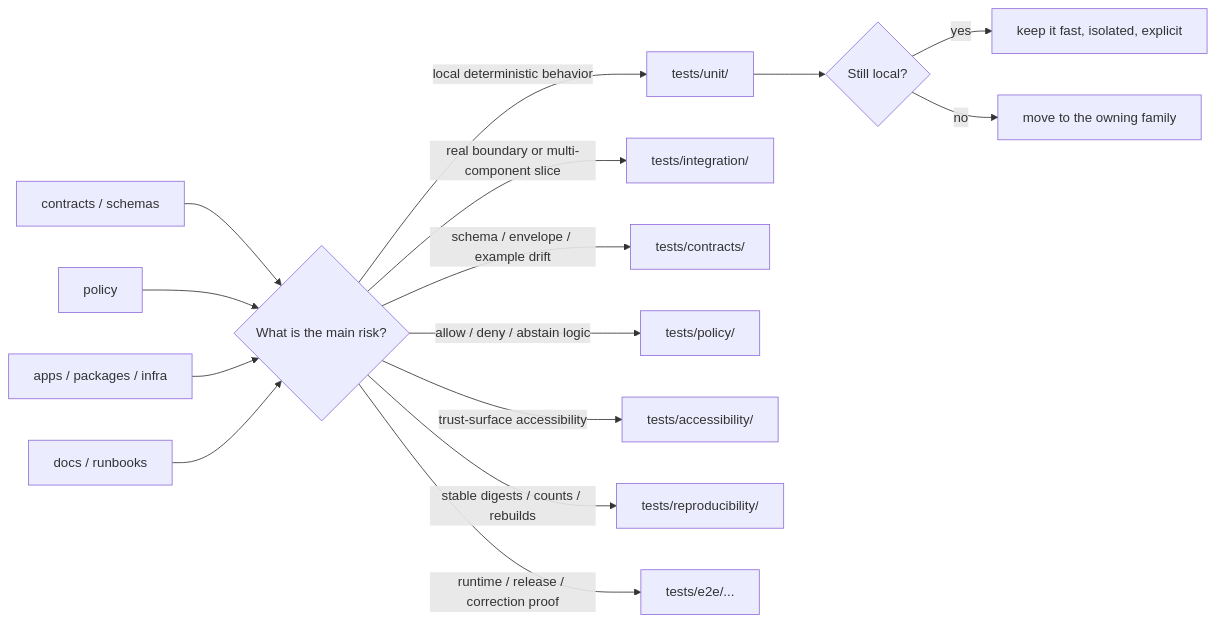
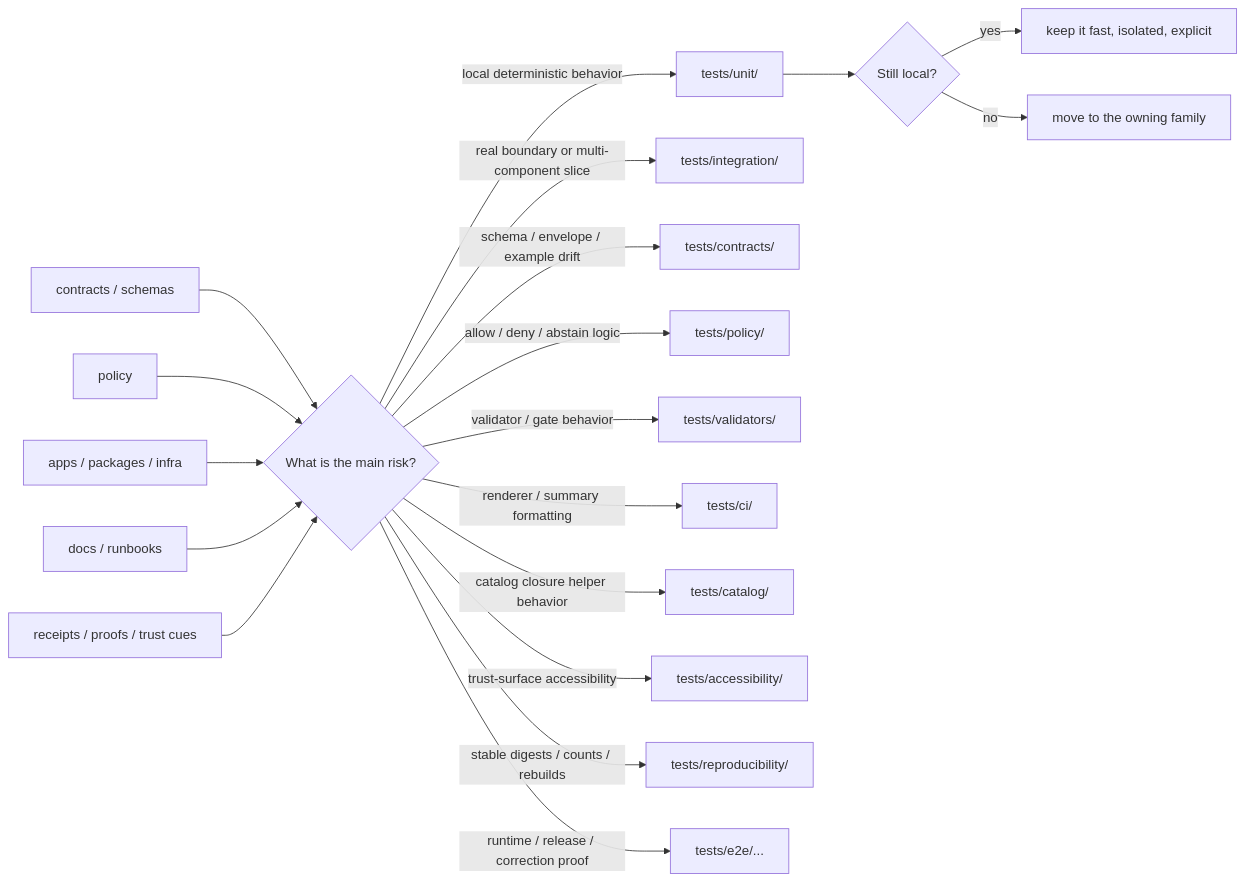
The diagram in tests/unit/README.md (bartytime4life/Kansas-Frontier-Matrix), drawn with Mermaid before and after one commit. The commit also changed other lines of this file, not shown here.

````diff
--- a/tests/unit/README.md
+++ b/tests/unit/README.md
@@ -245,19 +418,23 @@
 ```mermaid
 flowchart LR
     C["contracts / schemas"] --> Q{"What is the main risk?"}
     P["policy"] --> Q
     A["apps / packages / infra"] --> Q
     D["docs / runbooks"] --> Q
+    T["receipts / proofs / trust cues"] --> Q
 
     Q -->|local deterministic behavior| U["tests/unit/"]
     Q -->|real boundary or multi-component slice| I["tests/integration/"]
     Q -->|schema / envelope / example drift| K["tests/contracts/"]
     Q -->|allow / deny / abstain logic| PO["tests/policy/"]
+    Q -->|validator / gate behavior| V["tests/validators/"]
+    Q -->|renderer / summary formatting| CI["tests/ci/"]
+    Q -->|catalog closure helper behavior| CAT["tests/catalog/"]
     Q -->|trust-surface accessibility| AX["tests/accessibility/"]
     Q -->|stable digests / counts / rebuilds| R["tests/reproducibility/"]
     Q -->|runtime / release / correction proof| E["tests/e2e/..."]
 
     U --> M{"Still local?"}
     M -->|yes| FAST["keep it fast, isolated, explicit"]
     M -->|no| MOVE["move to the owning family"]
 ```
````
